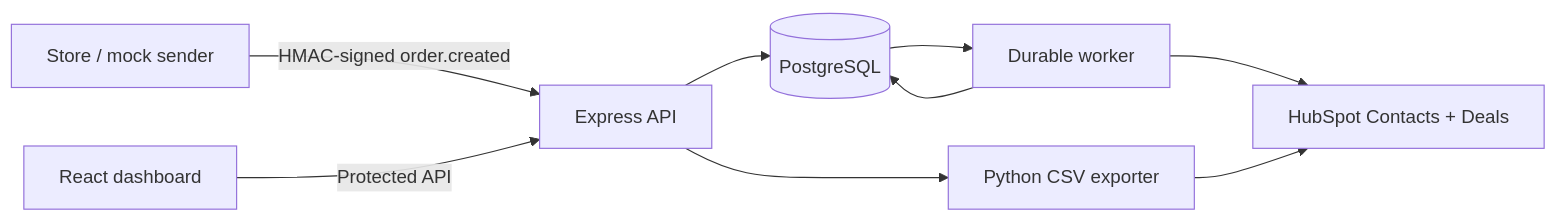
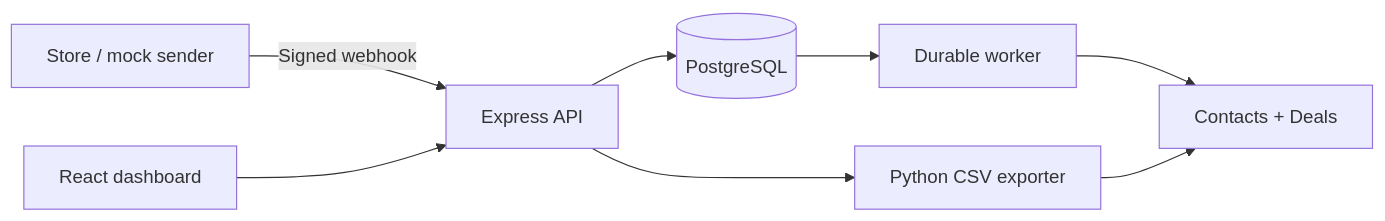
Before and after one commit to carlcarreon/hubspot-integration: the diagram in README.md, drawn with Mermaid. The commit also changed other lines of this file and 1 other file, not shown here.

````diff
--- a/README.md
+++ b/README.md
@@ -82,11 +79,10 @@
 ```mermaid
 flowchart LR
-    Store[Store / mock sender] -->|HMAC-signed order.created| API[Express API]
+    Store[Store / mock sender] -->|Signed webhook| API[Express API]
     API --> DB[(PostgreSQL)]
     DB --> Worker[Durable worker]
-    Worker --> HubSpot[HubSpot Contacts + Deals]
-    Worker --> DB
-    Dashboard[React dashboard] -->|Protected API| API
+    Worker --> HubSpot[Contacts + Deals]
+    Dashboard[React dashboard] --> API
     API --> Python[Python CSV exporter]
     Python --> HubSpot
 ```
````
